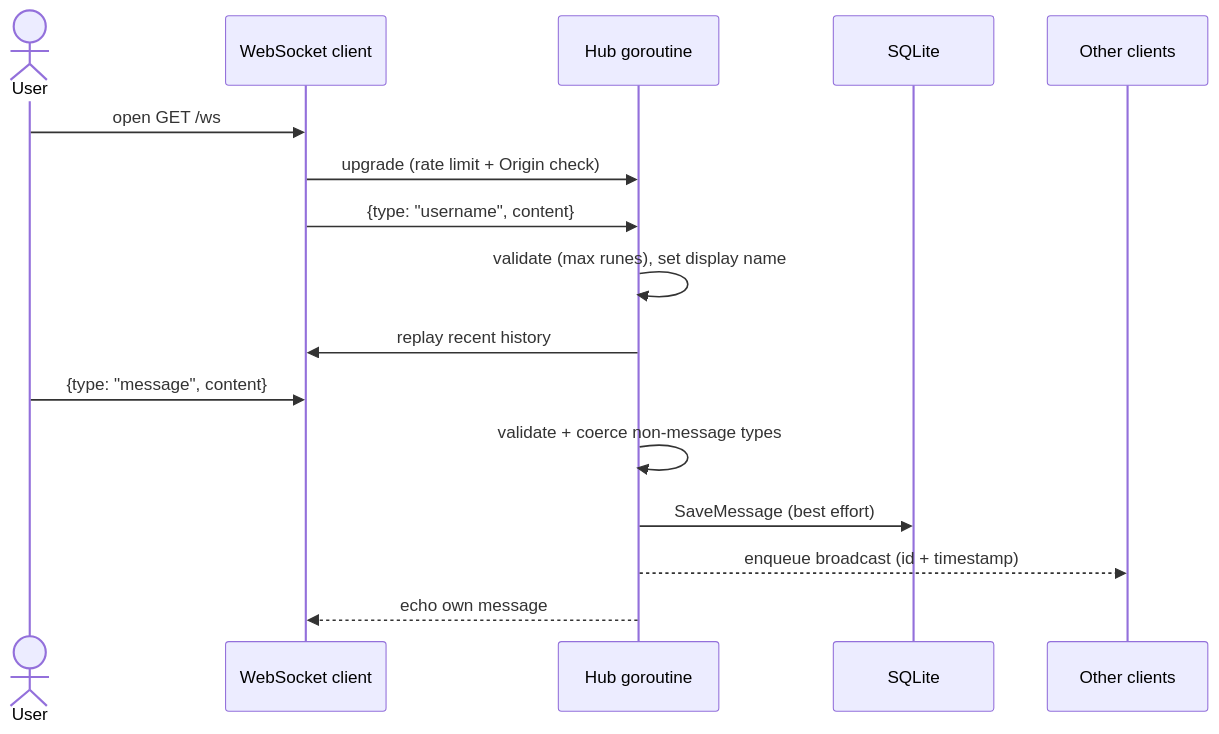
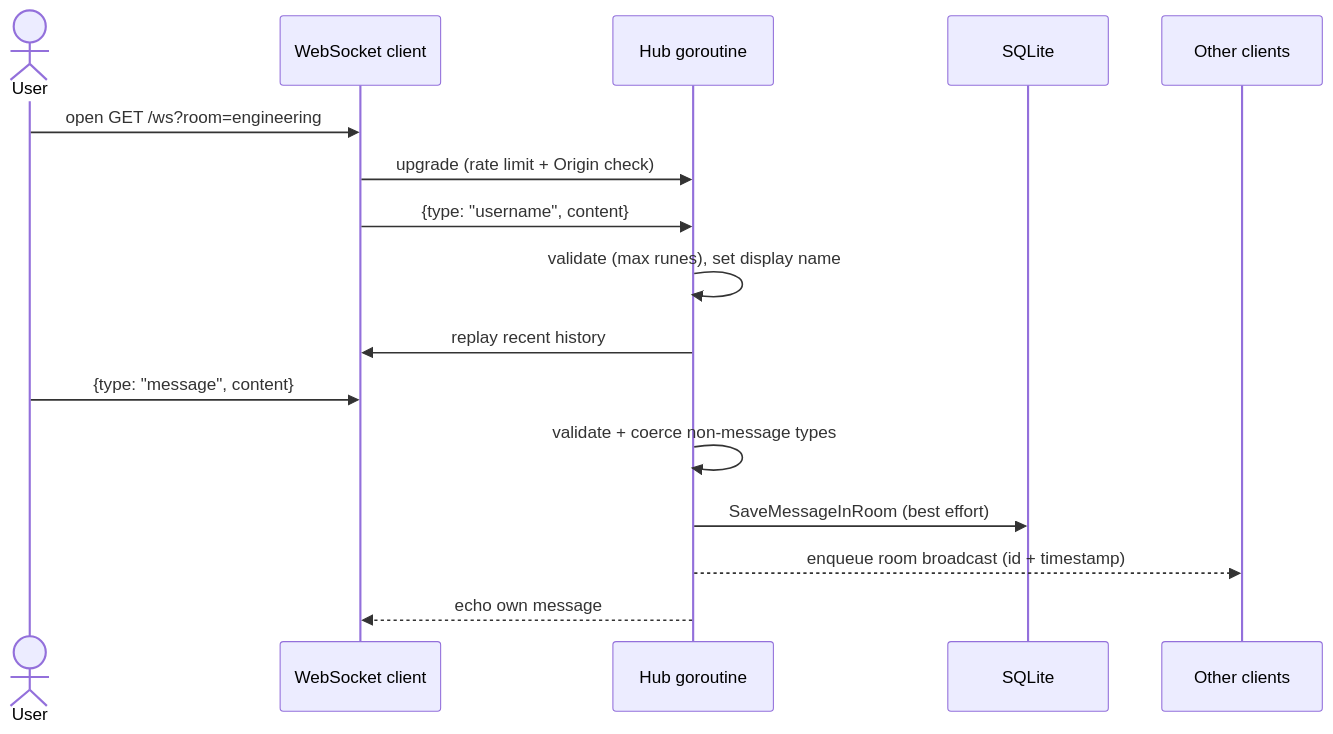
Before and after one commit to AlisinaDevelo/Chatster: the second of 4 diagrams in docs/ARCHITECTURE.md, drawn with Mermaid. The commit also changed other lines of this file and 9 other files, not shown here.

````diff
--- a/docs/ARCHITECTURE.md
+++ b/docs/ARCHITECTURE.md
@@ -44,19 +46,19 @@
 ```mermaid
 sequenceDiagram
   actor User
   participant WS as WebSocket client
   participant Hub as Hub goroutine
   participant DB as SQLite
   participant Peers as Other clients
 
-  User->>WS: open GET /ws
+  User->>WS: open GET /ws?room=engineering
   WS->>Hub: upgrade (rate limit + Origin check)
   WS->>Hub: {type: "username", content}
   Hub->>Hub: validate (max runes), set display name
   Hub->>WS: replay recent history
   User->>WS: {type: "message", content}
   Hub->>Hub: validate + coerce non-message types
-  Hub->>DB: SaveMessage (best effort)
-  Hub-->>Peers: enqueue broadcast (id + timestamp)
+  Hub->>DB: SaveMessageInRoom (best effort)
+  Hub-->>Peers: enqueue room broadcast (id + timestamp)
   Hub-->>WS: echo own message
 ```
````
